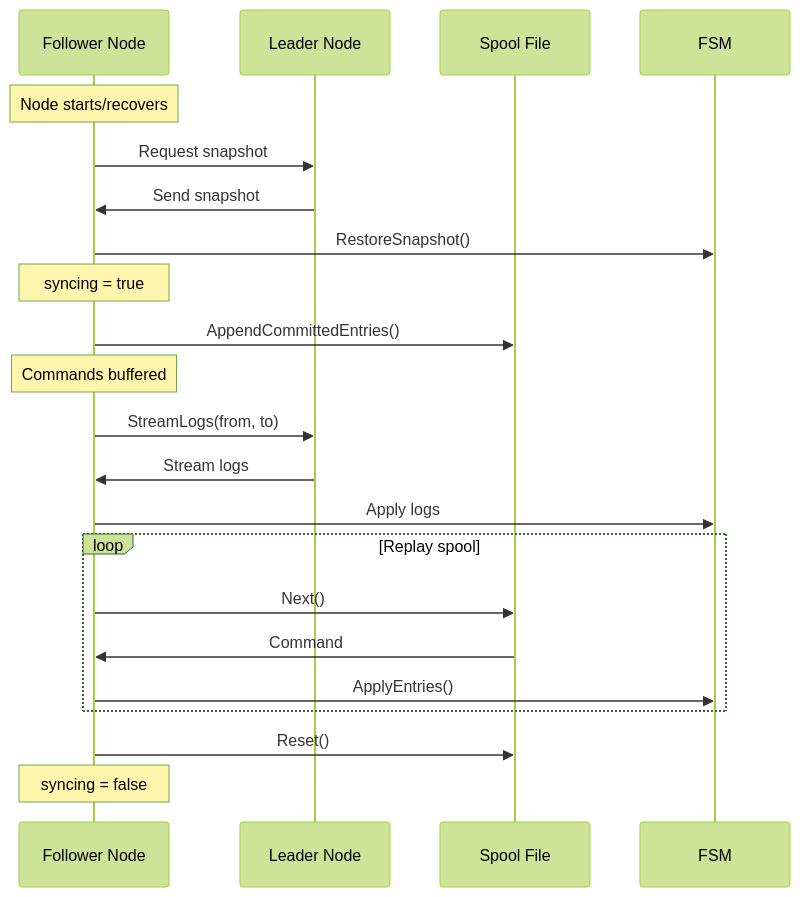
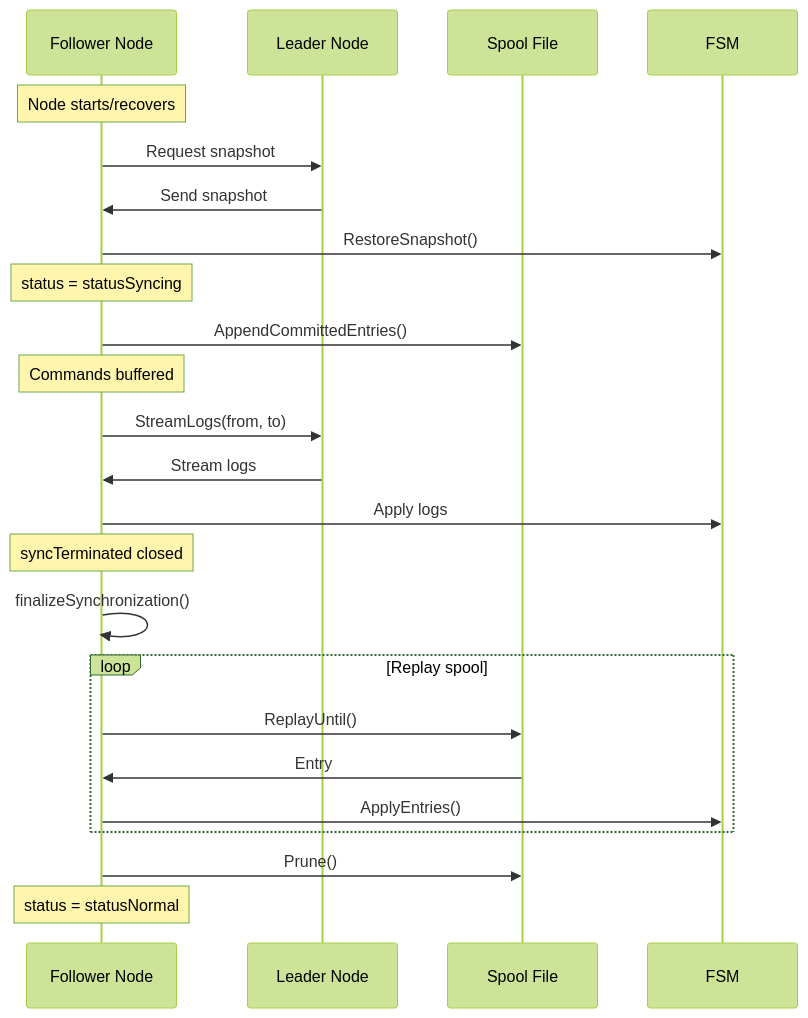
One commit to formancehq/ledger changed the second of 2 diagrams in docs/advanced-concepts.md. Above: the diagram before and after it, drawn with Mermaid (forest theme). The commit also changed other lines of this file and 6 other files, not shown here.

````diff
--- a/docs/advanced-concepts.md
+++ b/docs/advanced-concepts.md
@@ -115,25 +115,27 @@
 ```mermaid
 sequenceDiagram
     participant Node as Follower Node
     participant Leader as Leader Node
     participant Spool as Spool File
     participant FSM as FSM
     
     Note over Node: Node starts/recovers
     Node->>Leader: Request snapshot
     Leader->>Node: Send snapshot
     Node->>FSM: RestoreSnapshot()
-    Note over Node: syncing = true
+    Note over Node: status = statusSyncing
     Node->>Spool: AppendCommittedEntries()
     Note over Node: Commands buffered
     Node->>Leader: StreamLogs(from, to)
     Leader->>Node: Stream logs
     Node->>FSM: Apply logs
+    Note over Node: syncTerminated closed
+    Node->>Node: finalizeSynchronization()
     loop Replay spool
-        Node->>Spool: Next()
-        Spool->>Node: Command
+        Node->>Spool: ReplayUntil()
+        Spool->>Node: Entry
         Node->>FSM: ApplyEntries()
     end
-    Node->>Spool: Reset()
-    Note over Node: syncing = false
+    Node->>Spool: Prune()
+    Note over Node: status = statusNormal
 ```
````
